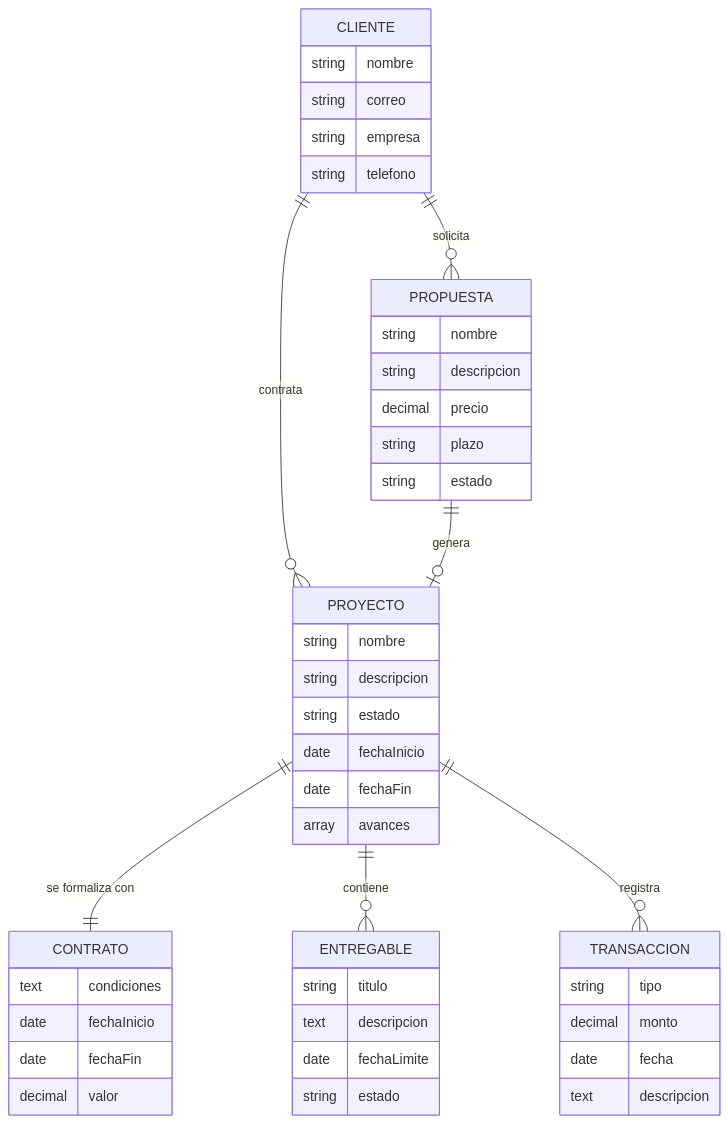
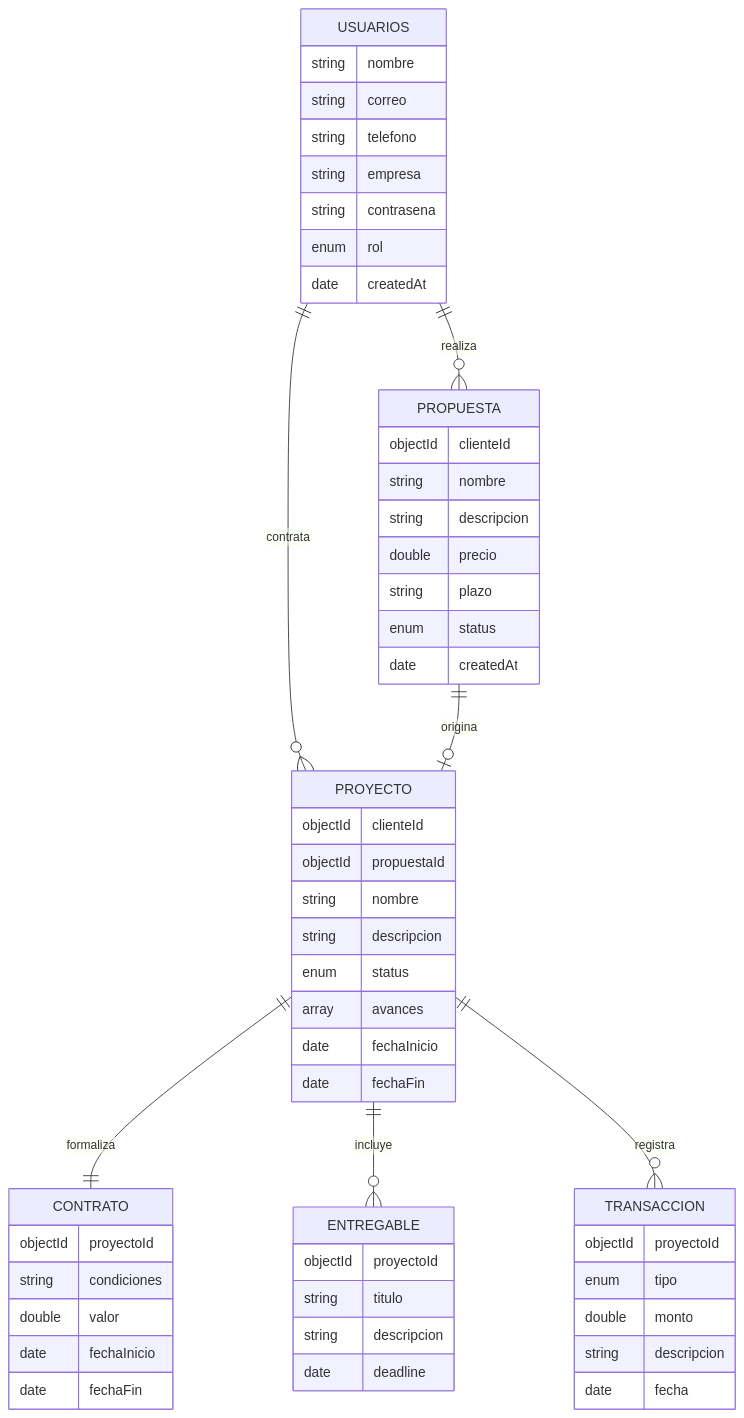
One commit to JuanSantoyoJ/Proyecto_S1_Node.JS_SantoyoJuan_GranadosOmar changed the first of 2 diagrams in readme.md. Above: the diagram before and after it, drawn with Mermaid. The commit also changed other lines of this file and 1 other file, not shown here.

Commit message:
feat: :memo: documentation updated

````diff
--- a/readme.md
+++ b/readme.md
@@ -252,54 +252,65 @@
 ```mermaid
 erDiagram
-    CLIENTE {
+    USUARIOS {
         string nombre
         string correo
+        string telefono
         string empresa
-        string telefono
+        string contrasena
+        enum rol
+        date createdAt
     }
-    
+
     PROPUESTA {
+        objectId clienteId
         string nombre
         string descripcion
-        decimal precio
+        double precio
         string plazo
-        string estado
+        enum status
+        date createdAt
     }
-    
+
     PROYECTO {
+        objectId clienteId
+        objectId propuestaId
         string nombre
         string descripcion
-        string estado
+        enum status
+        array avances
         date fechaInicio
         date fechaFin
-        array avances
     }
-    
+
     CONTRATO {
-        text condiciones
+        objectId proyectoId
+        string condiciones
+        double valor
         date fechaInicio
         date fechaFin
-        decimal valor
-    }
-    
-    ENTREGABLE {
-        string titulo
-        text descripcion
-        date fechaLimite
-        string estado
-    }
-    
-    TRANSACCION {
-        string tipo
-        decimal monto
-        date fecha
-        text descripcion
     }
 
-    CLIENTE ||--o{ PROPUESTA : solicita
-    CLIENTE ||--o{ PROYECTO : contrata
-    PROPUESTA ||--o| PROYECTO : genera
-    PROYECTO ||--|| CONTRATO : "se formaliza con"
-    PROYECTO ||--o{ ENTREGABLE : contiene
-    PROYECTO ||--o{ TRANSACCION : registra
+    ENTREGABLE {
+        objectId proyectoId
+        string titulo
+        string descripcion
+        date deadline
+    }
+
+    TRANSACCION {
+        objectId proyectoId
+        enum tipo
+        double monto
+        string descripcion
+        date fecha
+    }
+
+    %% Relaciones
+    USUARIOS ||--o{ PROPUESTA : "realiza"
+    USUARIOS ||--o{ PROYECTO : "contrata"
+    PROPUESTA ||--o| PROYECTO : "origina"
+    PROYECTO ||--|| CONTRATO : "formaliza"
+    PROYECTO ||--o{ ENTREGABLE : "incluye"
+    PROYECTO ||--o{ TRANSACCION : "registra"
+
 ```
````
